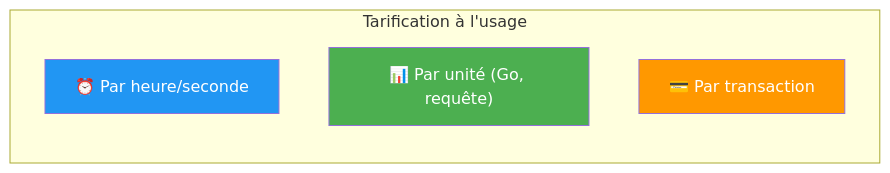
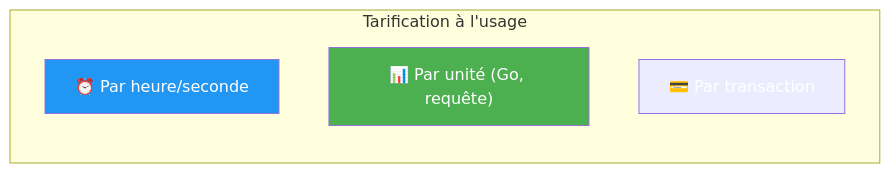
One commit to VBlackJack/ShellBook changed the third of 9 diagrams in docs/formations/cloud-fundamentals/06-module.md. Above: the diagram before and after it, drawn with Mermaid. The commit also changed other lines of this file and 337 other files, not shown here.

First line of the commit message:
refactor(docs): Standardize code blocks and Mermaid colors

````diff
--- a/docs/formations/cloud-fundamentals/06-module.md
+++ b/docs/formations/cloud-fundamentals/06-module.md
@@ -83,12 +83,12 @@
 ```mermaid
 graph LR
     subgraph "Tarification à l'usage"
         HOUR["⏰ Par heure/seconde"]
         UNIT["📊 Par unité (Go, requête)"]
         TRANS["💳 Par transaction"]
     end
 
     style HOUR fill:#2196f3,color:#fff
     style UNIT fill:#4caf50,color:#fff
-    style TRANS fill:#ff9800,color:#fff
+    style TRANS fill:#FF9800800800,color:#fff
 ```
````
